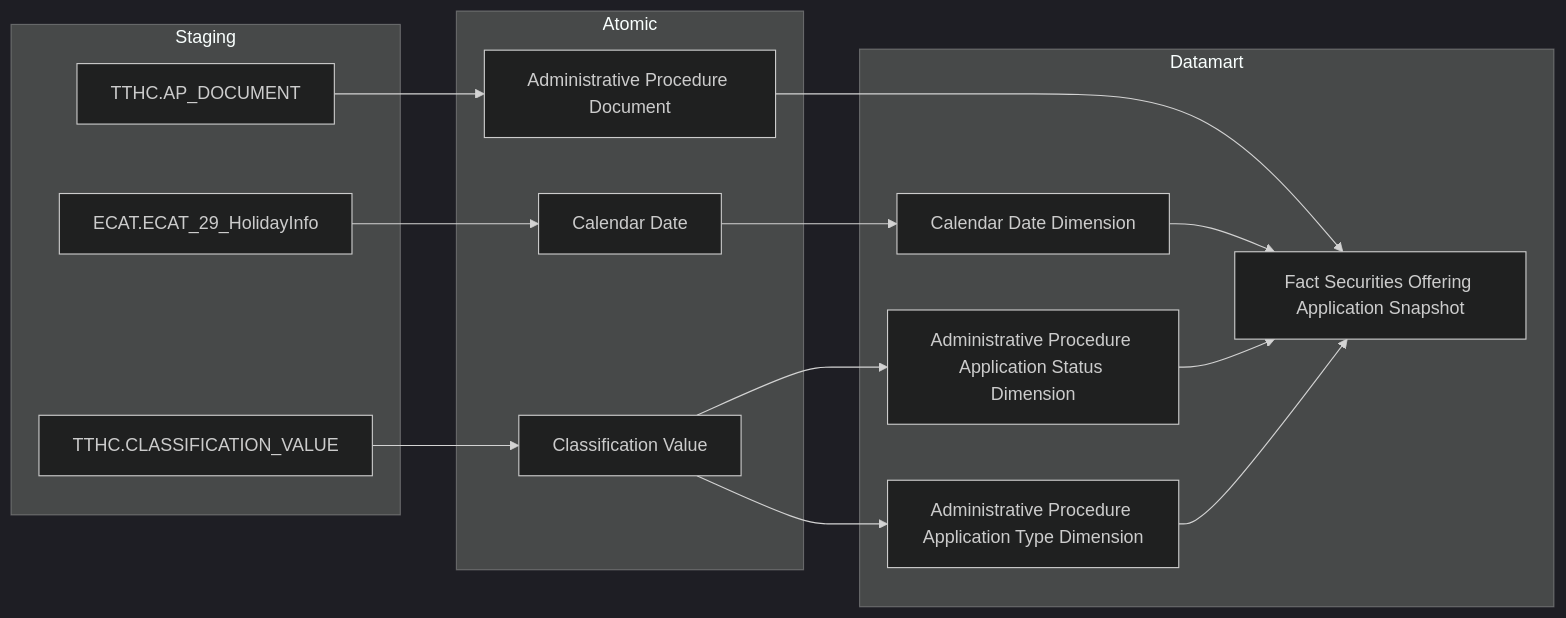
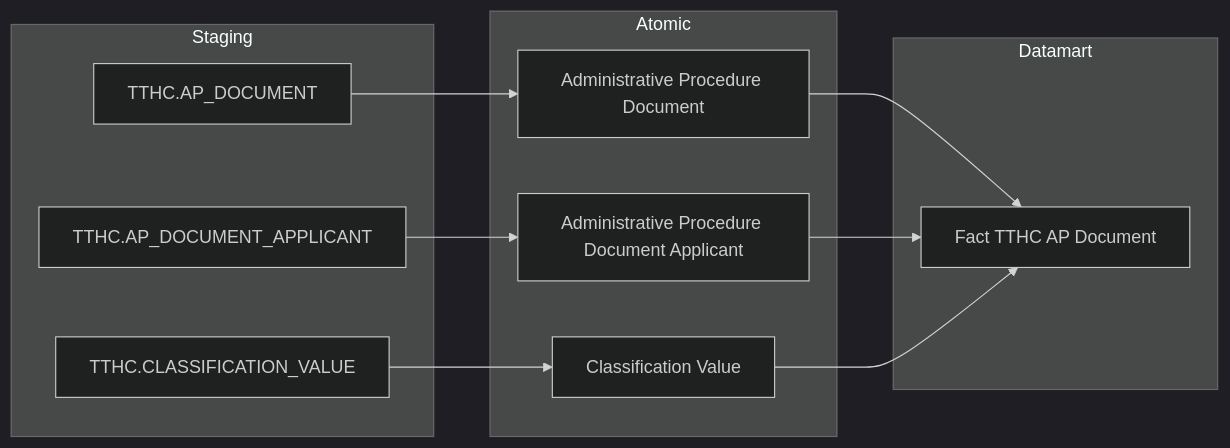
The fifth of 22 diagrams in Datamart/hld/DTM_QLCB_HLD.md (linhlvit/ubck_atomic_design), drawn with Mermaid (dark theme) before and after one commit. The commit also changed other lines of this file and 14 other files, not shown here.

First line of the commit message:
feat(QLCB): chuyen Nhom 5/6 sang Fact phang fct_tthc_ap_document theo SQL dbt va cap nhat flat table

````diff
--- a/Datamart/hld/DTM_QLCB_HLD.md
+++ b/Datamart/hld/DTM_QLCB_HLD.md
@@ -244,34 +258,26 @@
 ```mermaid
 flowchart LR
     subgraph SRC["Staging"]
         TTHC_AP_DOCUMENT["TTHC.AP_DOCUMENT"]
+        TTHC_AP_DOCUMENT_APPLICANT["TTHC.AP_DOCUMENT_APPLICANT"]
         TTHC_CLASSIFICATION_VALUE["TTHC.CLASSIFICATION_VALUE"]
-        ECAT_ECAT_29_HolidayInfo["ECAT.ECAT_29_HolidayInfo"]
     end
 
     subgraph SIL["Atomic"]
         Administrative_Procedure_Document["Administrative Procedure Document"]
+        Administrative_Procedure_Document_Applicant["Administrative Procedure Document Applicant"]
         Classification_Value["Classification Value"]
-        Calendar_Date["Calendar Date"]
     end
 
     subgraph GOLD["Datamart"]
-        fct_securities_offering_application_snpst["Fact Securities Offering Application Snapshot"]
-        cdr_dt_dim["Calendar Date Dimension"]
-        ap_application_status_dim["Administrative Procedure Application Status Dimension"]
-        ap_application_tp_dim["Administrative Procedure Application Type Dimension"]
+        fct_tthc_ap_document["Fact TTHC AP Document"]
     end
 
     TTHC_AP_DOCUMENT --> Administrative_Procedure_Document
+    TTHC_AP_DOCUMENT_APPLICANT --> Administrative_Procedure_Document_Applicant
     TTHC_CLASSIFICATION_VALUE --> Classification_Value
-    ECAT_ECAT_29_HolidayInfo --> Calendar_Date
 
-    Administrative_Procedure_Document --> fct_securities_offering_application_snpst
-    Classification_Value --> ap_application_status_dim
-    Classification_Value --> ap_application_tp_dim
-    Calendar_Date --> cdr_dt_dim
-
-    cdr_dt_dim --> fct_securities_offering_application_snpst
-    ap_application_status_dim --> fct_securities_offering_application_snpst
-    ap_application_tp_dim --> fct_securities_offering_application_snpst
+    Administrative_Procedure_Document --> fct_tthc_ap_document
+    Administrative_Procedure_Document_Applicant --> fct_tthc_ap_document
+    Classification_Value --> fct_tthc_ap_document
 ```
````
